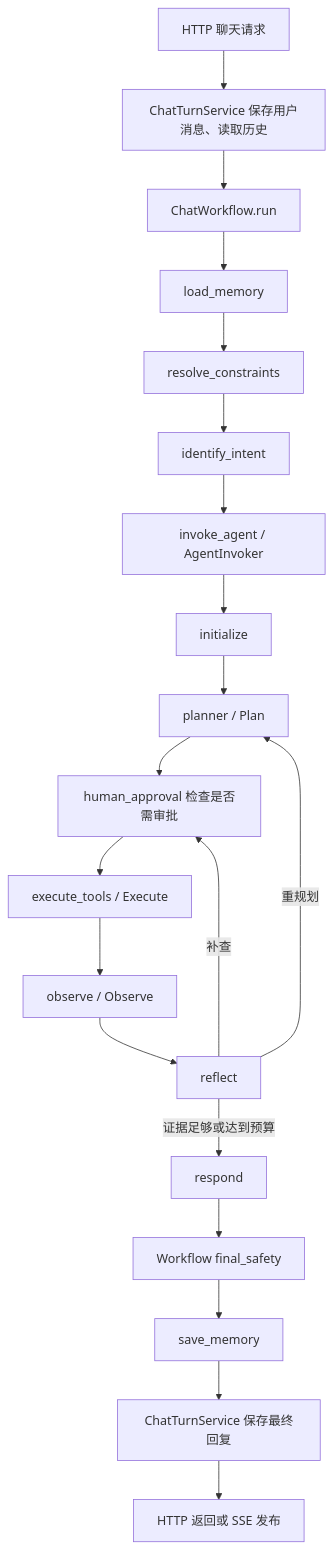
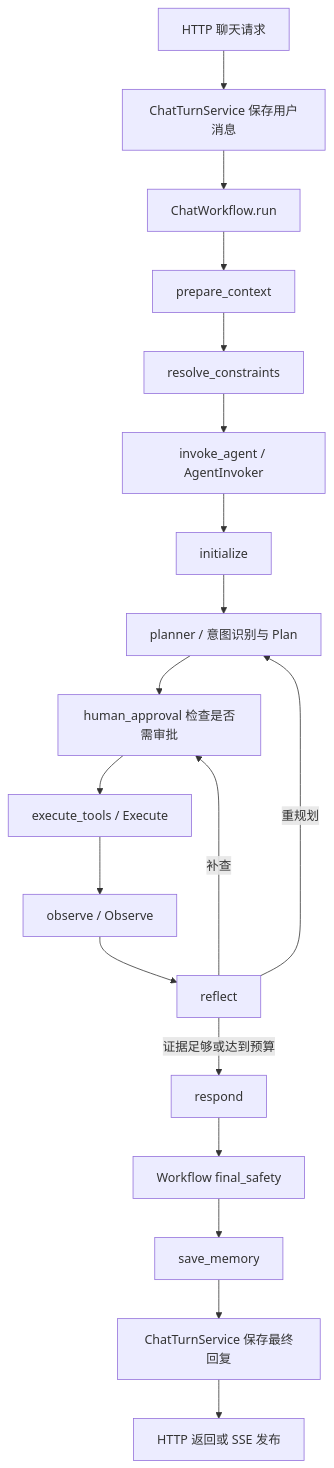
The diagram in docs/workflow-example-review.md (AQApplePie/Safe-Meal-Agent), drawn with Mermaid before and after one commit. The commit also changed other lines of this file and 163 other files, not shown here.

````diff
--- a/docs/workflow-example-review.md
+++ b/docs/workflow-example-review.md
@@ -26,22 +26,21 @@
 ```mermaid
 flowchart TD
-    A[HTTP 聊天请求] --> B[ChatTurnService 保存用户消息、读取历史]
+    A[HTTP 聊天请求] --> B[ChatTurnService 保存用户消息]
     B --> C[ChatWorkflow.run]
-    C --> D[load_memory]
+    C --> D[prepare_context]
     D --> E[resolve_constraints]
-    E --> F[identify_intent]
-    F --> G[invoke_agent / AgentInvoker]
+    E --> G[invoke_agent / AgentInvoker]
     G --> H[initialize]
-    H --> I[planner / Plan]
+    H --> I[planner / 意图识别与 Plan]
     I --> J[human_approval 检查是否需审批]
     J --> K[execute_tools / Execute]
     K --> L[observe / Observe]
     L --> M[reflect]
     M -->|补查| J
     M -->|重规划| I
     M -->|证据足够或达到预算| N[respond]
     N --> O[Workflow final_safety]
     O --> P[save_memory]
     P --> Q[ChatTurnService 保存最终回复]
     Q --> R[HTTP 返回或 SSE 发布]
 ```
````
